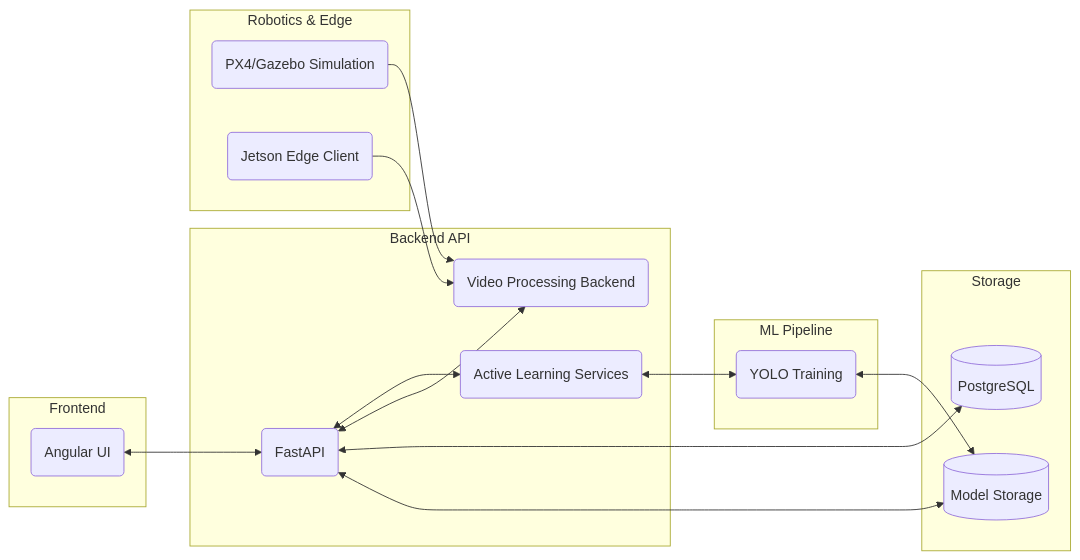
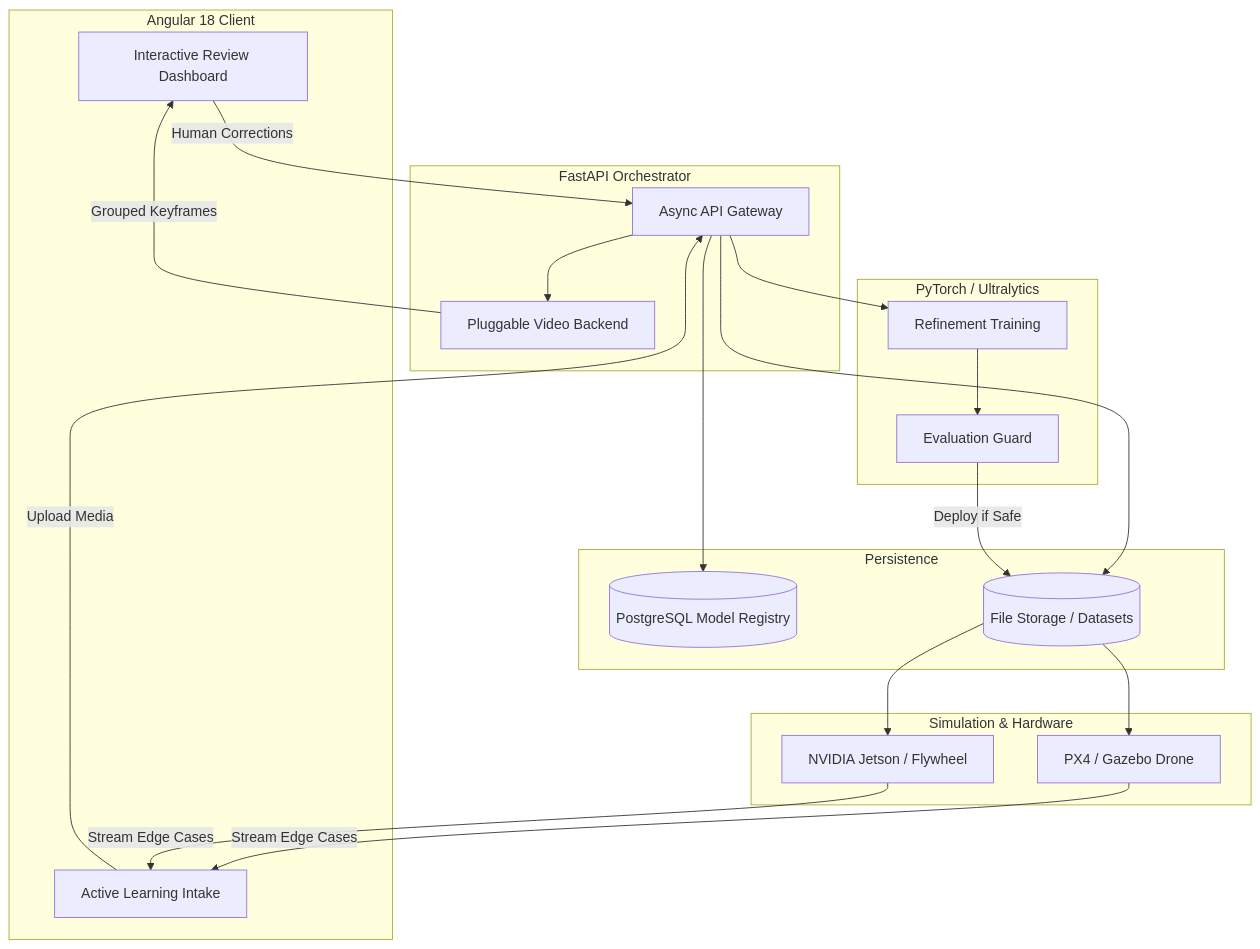
One commit to rathoddhruv/TrainFlowVision-Showcase changed the diagram in README.md. Above: the diagram before and after it, drawn with Mermaid. The commit also changed other lines of this file, not shown here.

````diff
--- a/README.md
+++ b/README.md
@@ -35,36 +60,41 @@
 ```mermaid
-flowchart LR
-    subgraph Frontend
-        FE(Angular UI)
+graph TD
+    subgraph Frontend [Angular 18 Client]
+        UI[Interactive Review Dashboard]
+        Intake[Active Learning Intake]
     end
 
-    subgraph Backend API
-        BE(FastAPI)
-        AL(Active Learning Services)
-        VB(Video Processing Backend)
+    subgraph Backend [FastAPI Orchestrator]
+        API[Async API Gateway]
+        VideoProcessing[Pluggable Video Backend]
     end
 
-    subgraph Storage
-        DB[(PostgreSQL)]
-        FS[(Model Storage)]
+    subgraph Data [Persistence]
+        DB[(PostgreSQL Model Registry)]
+        Storage[(File Storage / Datasets)]
     end
 
-    subgraph ML Pipeline
-        ML(YOLO Training)
+    subgraph ML_Engine [PyTorch / Ultralytics]
+        Train[Refinement Training]
+        Eval[Evaluation Guard]
     end
 
-    subgraph Robotics & Edge
-        SIM(PX4/Gazebo Simulation)
-        JET(Jetson Edge Client)
+    subgraph Robotics_Edge [Simulation & Hardware]
+        SIM[PX4 / Gazebo Drone]
+        Jetson[NVIDIA Jetson / Flywheel]
     end
 
-    FE <--> BE
-    BE <--> AL
-    BE <--> VB
-    BE <--> DB
-    BE <--> FS
-    AL <--> ML
-    ML <--> FS
-    SIM --> VB
-    JET --> VB
+    Intake -->|Upload Media| API
+    API --> VideoProcessing
+    VideoProcessing -->|Grouped Keyframes| UI
+    UI -->|Human Corrections| API
+    API --> DB
+    API --> Storage
+    API --> Train
+    Train --> Eval
+    Eval -->|Deploy if Safe| Storage
+    Storage --> SIM
+    Storage --> Jetson
+    SIM -->|Stream Edge Cases| Intake
+    Jetson -->|Stream Edge Cases| Intake
 ```
````
